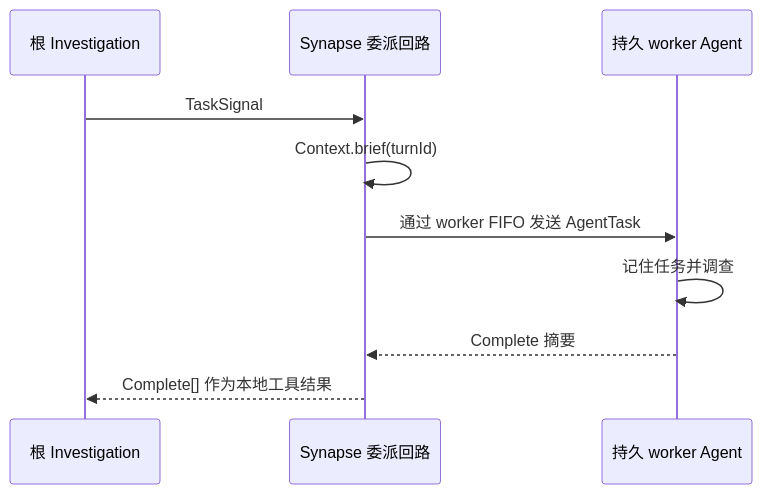
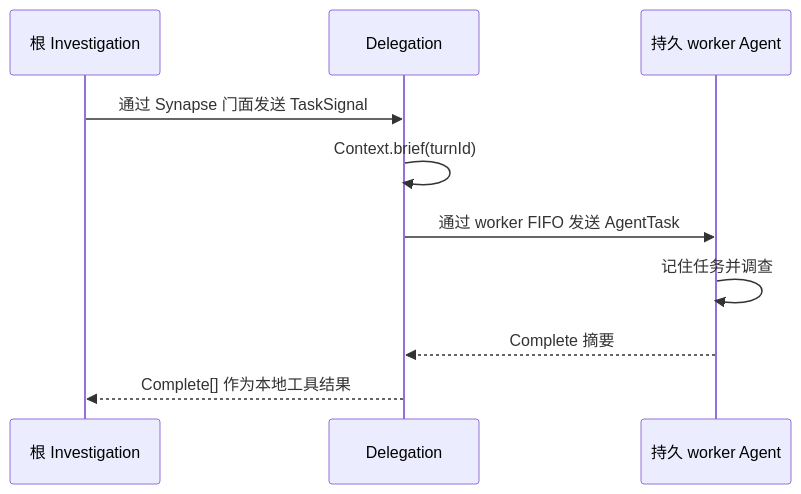
Before and after one commit to flyflor/flyflor: the third of 3 diagrams in docs/architecture.zh.cn.md, drawn with Mermaid. The commit also changed other lines of this file and 36 other files, not shown here.

````diff
--- a/docs/architecture.zh.cn.md
+++ b/docs/architecture.zh.cn.md
@@ -119,13 +123,13 @@
 ```mermaid
 sequenceDiagram
     participant RI as 根 Investigation
-    participant S as Synapse 委派回路
+    participant D as Delegation
     participant W as 持久 worker Agent
 
-    RI->>S: TaskSignal
-    S->>S: Context.brief(turnId)
-    S->>W: 通过 worker FIFO 发送 AgentTask
+    RI->>D: 通过 Synapse 门面发送 TaskSignal
+    D->>D: Context.brief(turnId)
+    D->>W: 通过 worker FIFO 发送 AgentTask
     W->>W: 记住任务并调查
-    W-->>S: Complete 摘要
-    S-->>RI: Complete[] 作为本地工具结果
+    W-->>D: Complete 摘要
+    D-->>RI: Complete[] 作为本地工具结果
 ```
````
